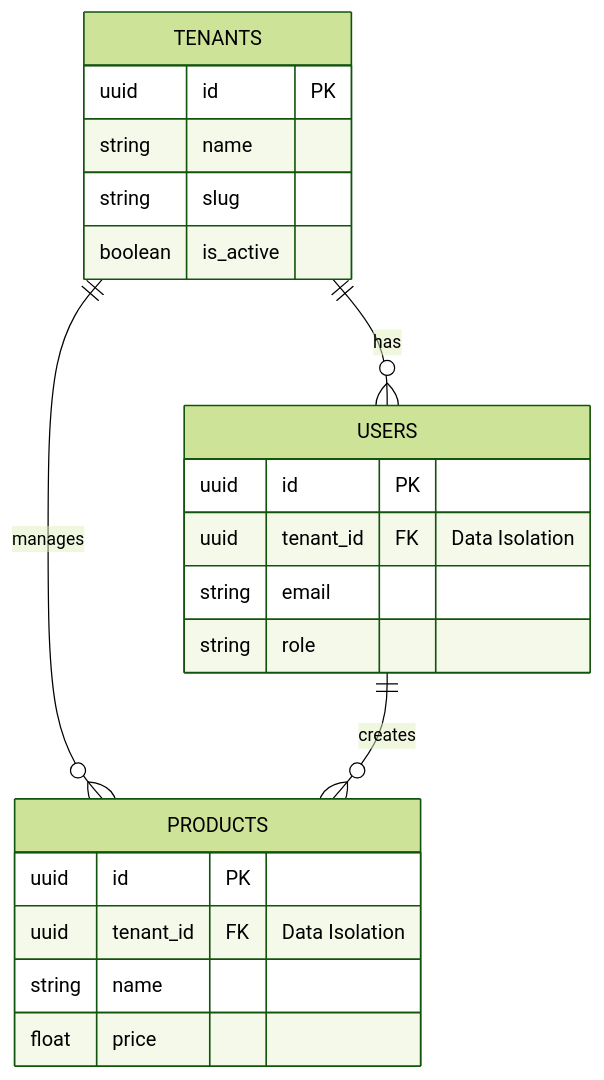
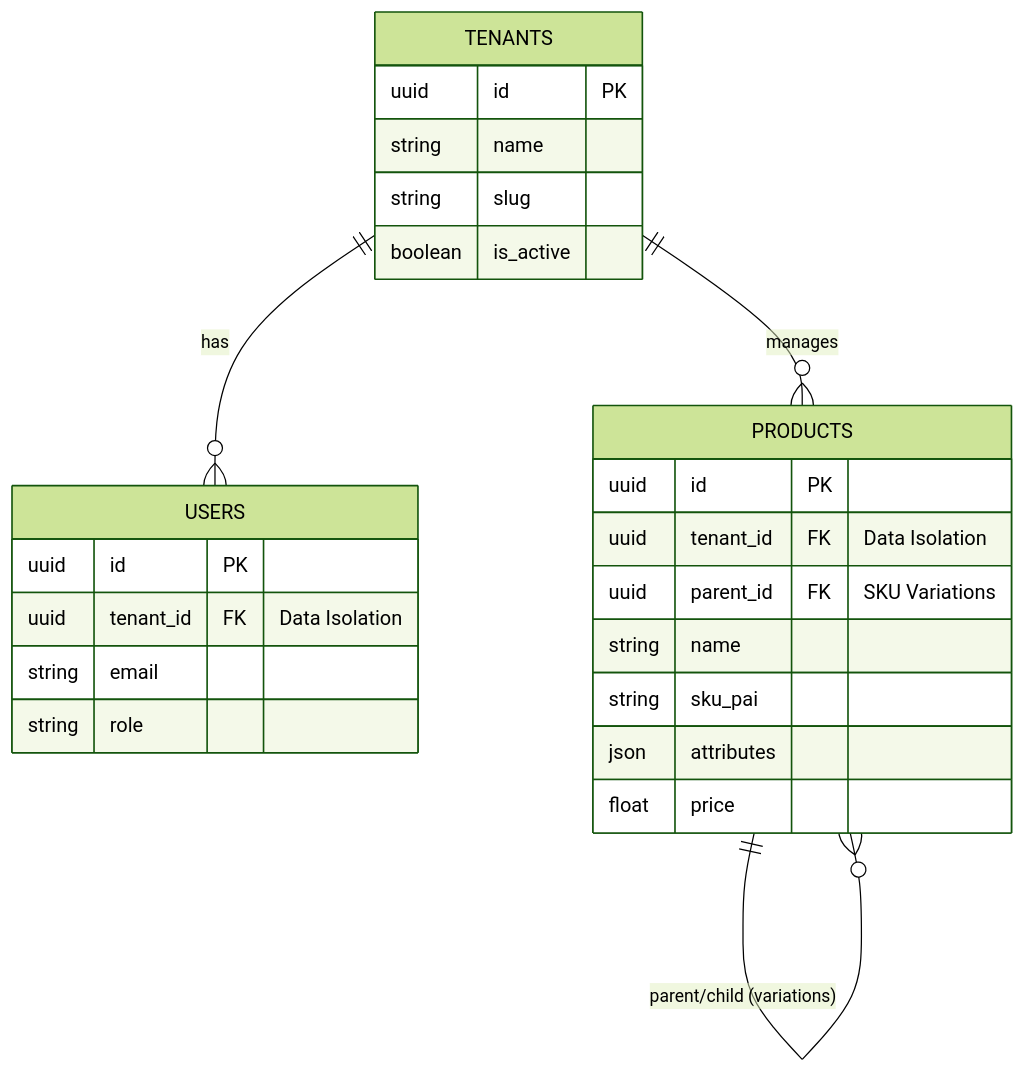
The diagram in README.md (ccerks/nexcore-saas-api), drawn with Mermaid (forest theme) before and after one commit. The commit also changed other lines of this file, not shown here.

Commit message:
docs: update README with advanced catalog architecture and project status

`````diff
--- a/README.md
+++ b/README.md
@@ -21,27 +21,30 @@
 ```mermaid
 erDiagram
     TENANTS ||--o{ USERS : "has"
     TENANTS ||--o{ PRODUCTS : "manages"
-    USERS ||--o{ PRODUCTS : "creates"
+    PRODUCTS ||--o{ PRODUCTS : "parent/child (variations)"
 
     TENANTS {
         uuid id PK
         string name
         string slug
         boolean is_active
     }
 
     USERS {
         uuid id PK
         uuid tenant_id FK "Data Isolation"
         string email
         string role
     }
 
     PRODUCTS {
         uuid id PK
         uuid tenant_id FK "Data Isolation"
+        uuid parent_id FK "SKU Variations"
         string name
+        string sku_pai
+        json attributes
         float price
     }
 ````
`````
